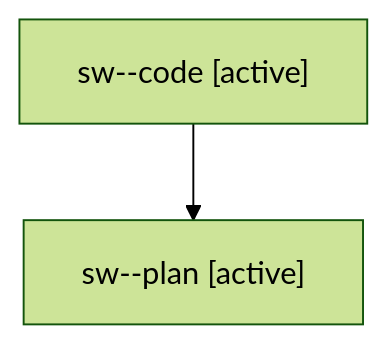
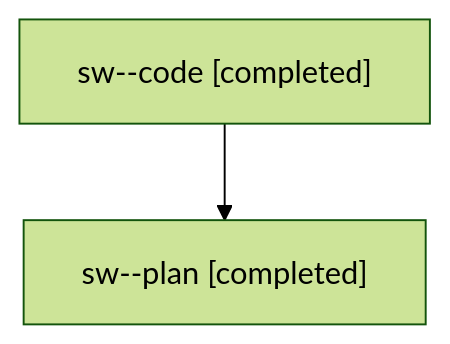
One commit to sase-org/sase--agents changed the diagram in families/bbugyi200.athena.sw.md. Above: the diagram before and after it, drawn with Mermaid (forest theme). The commit also changed other lines of this file and 49 other files, not shown here.

````diff
--- a/families/bbugyi200.athena.sw.md
+++ b/families/bbugyi200.athena.sw.md
@@ -9,6 +9,6 @@
 ```mermaid
 flowchart TD
-  n0["sw--code [active]"]
-  n1["sw--plan [active]"]
+  n0["sw--code [completed]"]
+  n1["sw--plan [completed]"]
   n0 --> n1
 ```
````
